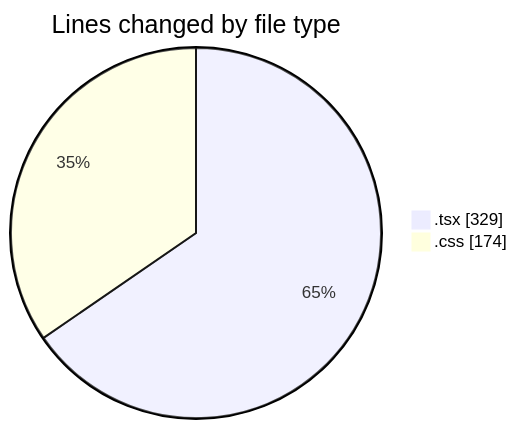
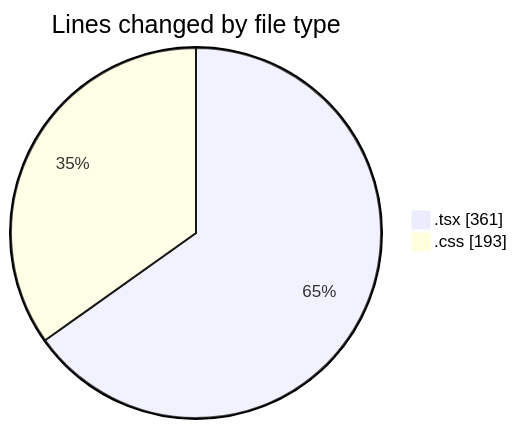
One commit to donsfak/code-tracking changed the first of 2 diagrams in 2025-02-13/portofolio/README.md. Above: the diagram before and after it, drawn with Mermaid. The commit also changed other lines of this file and 1 other file, not shown here.

````diff
--- a/2025-02-13/portofolio/README.md
+++ b/2025-02-13/portofolio/README.md
@@ -21,6 +21,6 @@
 ```mermaid
 pie showData
 title Lines changed by file type
-".tsx" : 329
-".css" : 174
+".tsx" : 361
+".css" : 193
 ```
````
